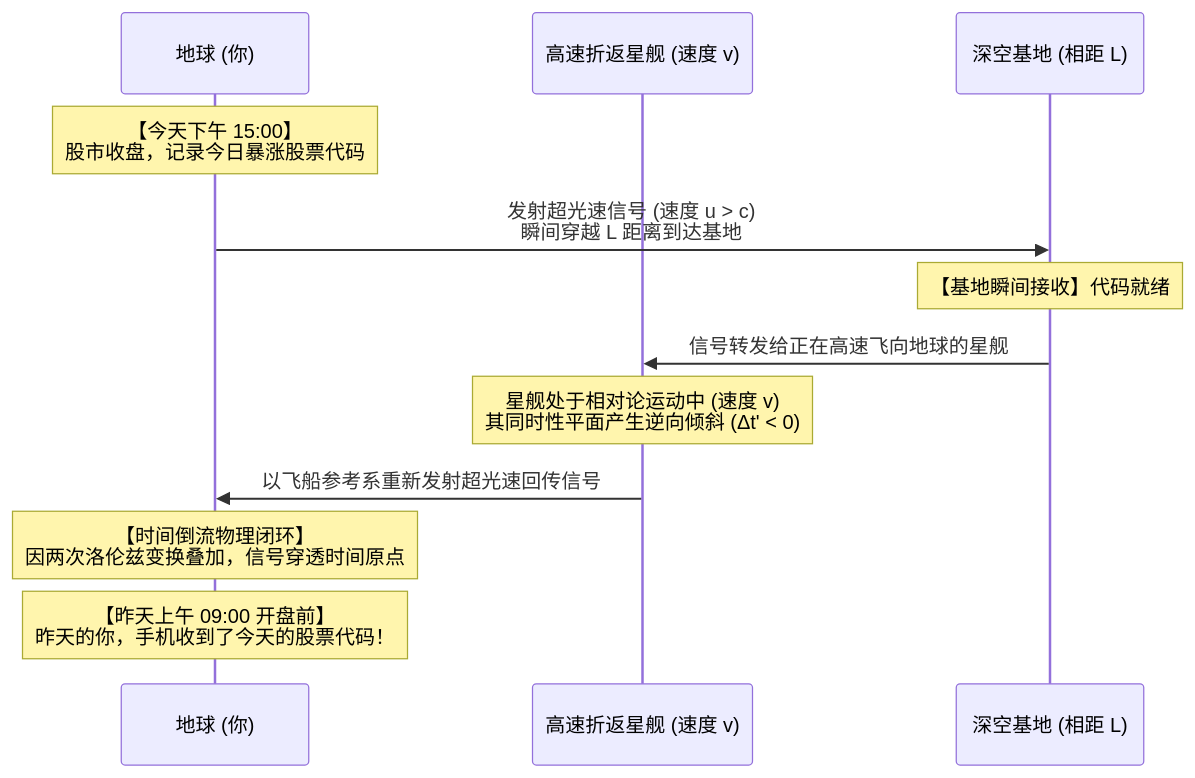
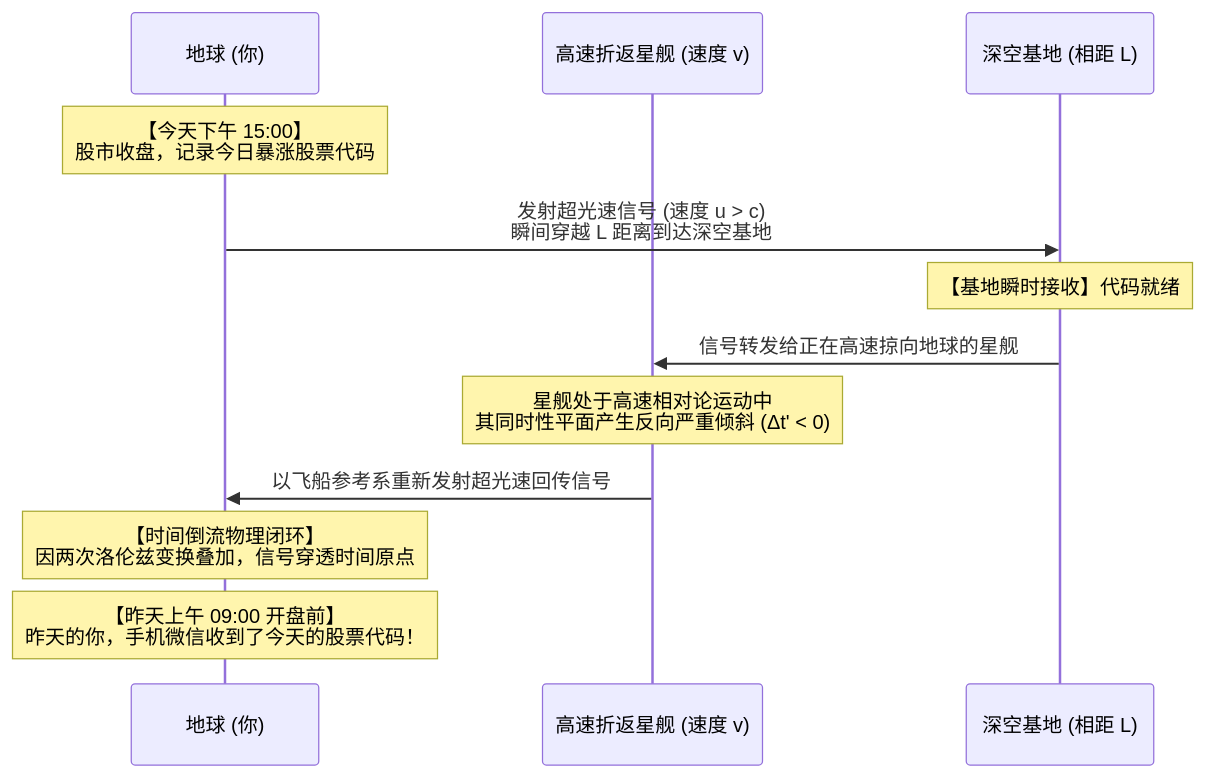
Before and after one commit to unendev/unendev.github.io: the second of 3 diagrams in src/content/blog/tachyonic-antitelephone-ftl-ping-pong-causality.md, drawn with Mermaid. The commit also changed other lines of this file and 1 other file, not shown here.

````diff
--- a/src/content/blog/tachyonic-antitelephone-ftl-ping-pong-causality.md
+++ b/src/content/blog/tachyonic-antitelephone-ftl-ping-pong-causality.md
@@ -115,15 +94,15 @@
 ```mermaid
 sequenceDiagram
     participant Earth as 地球 (你)
     participant Ship as 高速折返星舰 (速度 v)
     participant Base as 深空基地 (相距 L)
 
     Note over Earth: 【今天下午 15:00】<br>股市收盘，记录今日暴涨股票代码
-    Earth->>Base: 发射超光速信号 (速度 u > c)<br>瞬间穿越 L 距离到达基地
-    Note over Base: 【基地瞬间接收】代码就绪
-    Base->>Ship: 信号转发给正在高速飞向地球的星舰
-    Note over Ship: 星舰处于相对论运动中 (速度 v)<br>其同时性平面产生逆向倾斜 (Δt' < 0)
+    Earth->>Base: 发射超光速信号 (速度 u > c)<br>瞬间穿越 L 距离到达深空基地
+    Note over Base: 【基地瞬时接收】代码就绪
+    Base->>Ship: 信号转发给正在高速掠向地球的星舰
+    Note over Ship: 星舰处于高速相对论运动中<br>其同时性平面产生反向严重倾斜 (Δt' < 0)
     Ship->>Earth: 以飞船参考系重新发射超光速回传信号
     Note over Earth: 【时间倒流物理闭环】<br>因两次洛伦兹变换叠加，信号穿透时间原点
-    Note over Earth: 【昨天上午 09:00 开盘前】<br>昨天的你，手机收到了今天的股票代码！
+    Note over Earth: 【昨天上午 09:00 开盘前】<br>昨天的你，手机微信收到了今天的股票代码！
 ```
````
